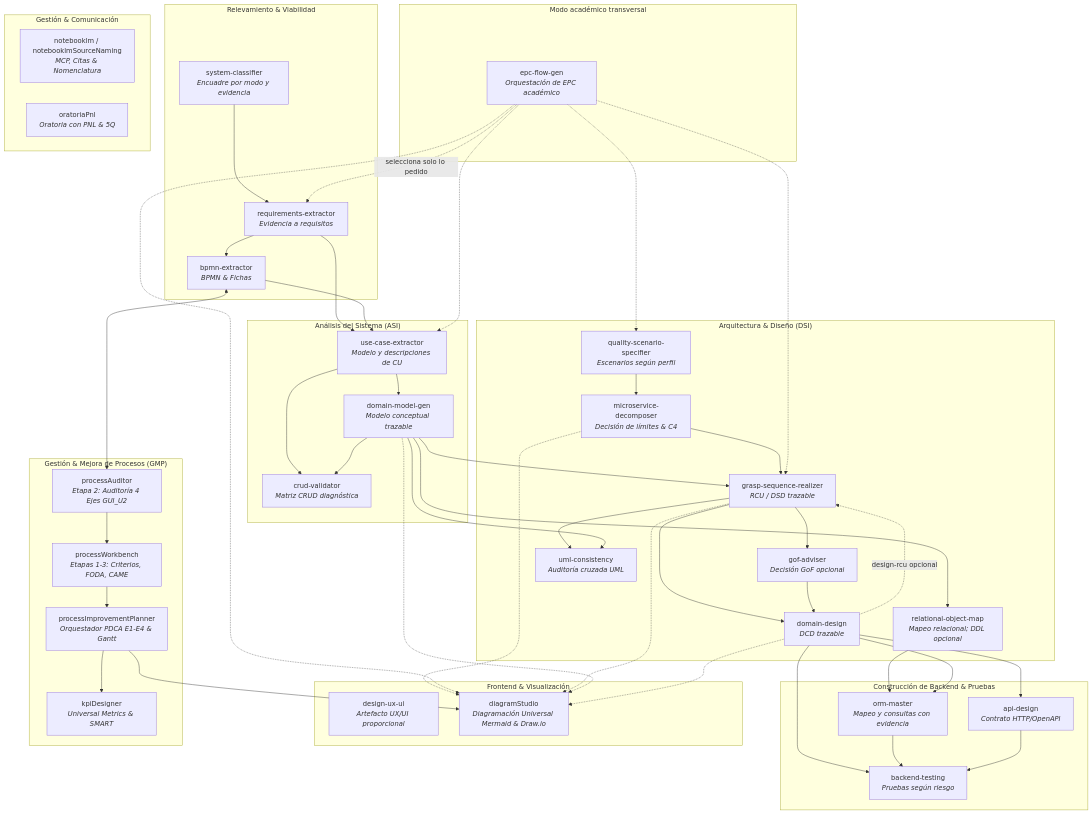
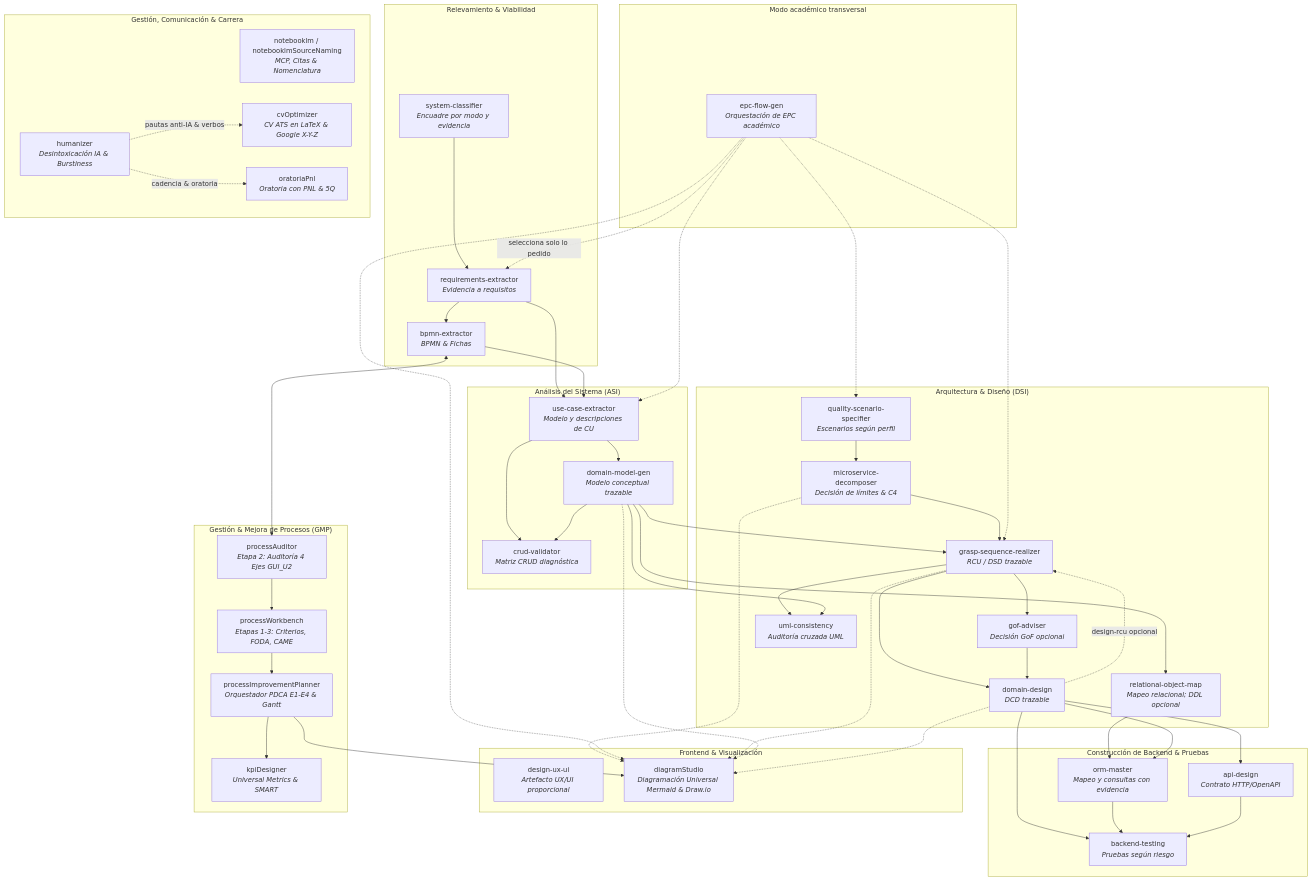
The diagram in README.md (MartinG94/skills), drawn with Mermaid before and after one commit. The commit also changed other lines of this file and 2 other files, not shown here.

Commit message:
docs: actualizar catalogo de skills en README con humanizer y cvOptimizer

````diff
--- a/README.md
+++ b/README.md
@@ -97,9 +99,11 @@
         PIP[processImprovementPlanner<br/><i>Orquestador PDCA E1-E4 & Gantt</i>]
     end
 
-    subgraph Soporte_Cognitivo["Gestión & Comunicación"]
+    subgraph Soporte_Cognitivo["Gestión, Comunicación & Carrera"]
         NLM[notebooklm / notebooklmSourceNaming<br/><i>MCP, Citas & Nomenclatura</i>]
         PNL[oratoriaPnl<br/><i>Oratoria con PNL & 5Q</i>]
+        HUM[humanizer<br/><i>Desintoxicación IA & Burstiness</i>]
+        CVO[cvOptimizer<br/><i>CV ATS en LaTeX & Google X-Y-Z</i>]
     end
 
     SC --> RE
@@ -139,4 +143,6 @@
     GSR -.-> DS
     DMG -.-> DS
     DD -.-> DS
+    HUM -. pautas anti-IA & verbos .-> CVO
+    HUM -. cadencia & oratoria .-> PNL
 ```
````
